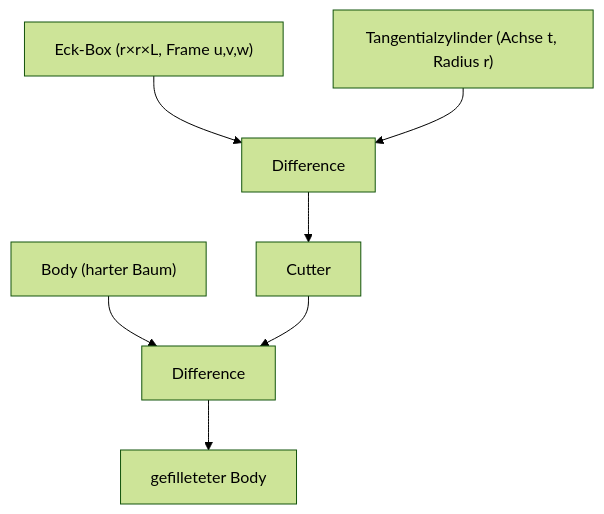
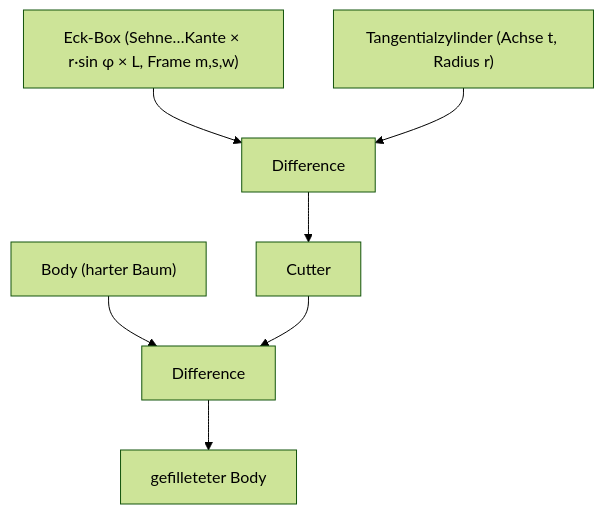
One commit to SebastianBaltes/fielddraft changed the diagram in docs/FILLET-CUTTER-PLAN.md. Above: the diagram before and after it, drawn with Mermaid (forest theme). The commit also changed other lines of this file and 6 other files, not shown here.

````diff
--- a/docs/FILLET-CUTTER-PLAN.md
+++ b/docs/FILLET-CUTTER-PLAN.md
@@ -67,9 +79,9 @@
 ```mermaid
 flowchart TD
   Body["Body (harter Baum)"] --> Diff["Difference"]
   Cutter["Cutter"] --> Diff
-  Box["Eck-Box (r×r×L, Frame u,v,w)"] --> Cut["Difference"]
+  Box["Eck-Box (Sehne…Kante × r·sin φ × L, Frame m,s,w)"] --> Cut["Difference"]
   Cyl["Tangentialzylinder (Achse t, Radius r)"] --> Cut
   Cut --> Cutter
   Diff --> Result["gefilleteter Body"]
 ```
````
